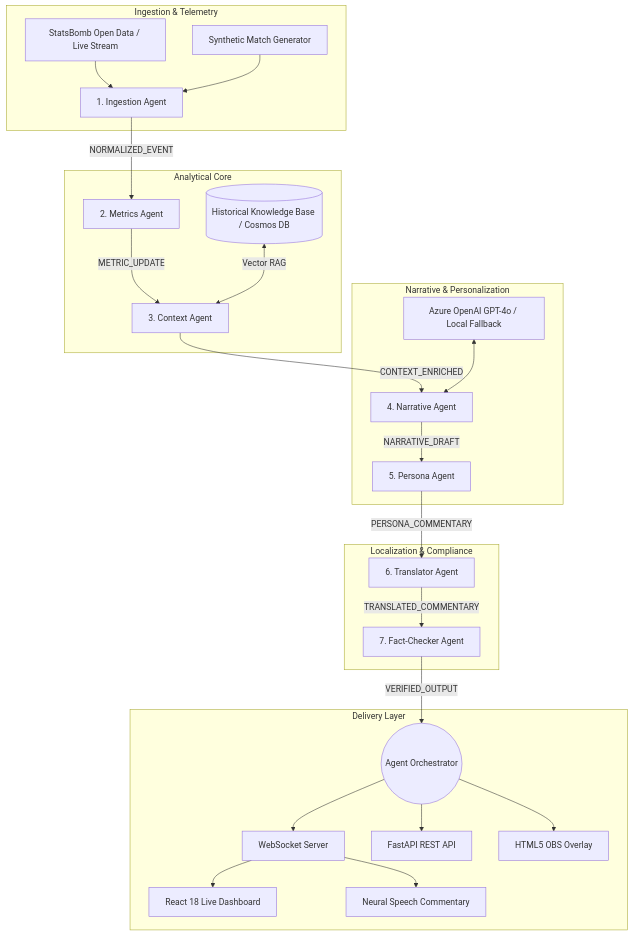
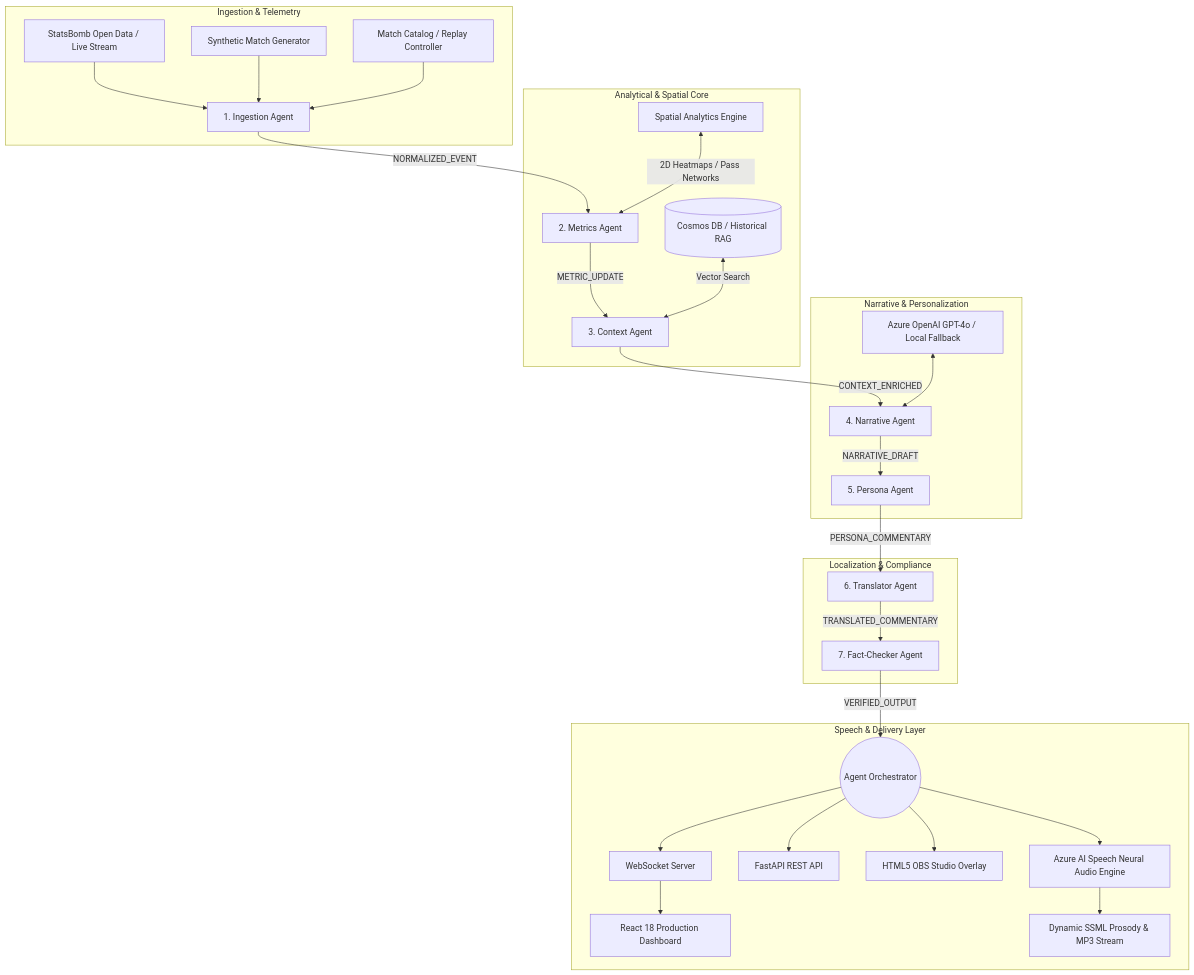
One commit to abhiiiesh/MatchMind changed the diagram in docs/ARCHITECTURE.md. Above: the diagram before and after it, drawn with Mermaid. The commit also changed other lines of this file and 4 other files, not shown here.

Commit message:
docs: complete Phase E hackathon documentation, architecture blueprint, agent specs, judging criteria mapping, and 2-min demo script

````diff
--- a/docs/ARCHITECTURE.md
+++ b/docs/ARCHITECTURE.md
@@ -13,33 +14,36 @@
 ```mermaid
 flowchart TD
     subgraph Ingestion & Telemetry
         SB[StatsBomb Open Data / Live Stream] --> AG1[1. Ingestion Agent]
         SYN[Synthetic Match Generator] --> AG1
+        CAT[Match Catalog / Replay Controller] --> AG1
     end
 
-    subgraph Analytical Core
+    subgraph Analytical & Spatial Core
         AG1 -->|NORMALIZED_EVENT| AG2[2. Metrics Agent]
         AG2 -->|METRIC_UPDATE| AG3[3. Context Agent]
-        KNOW[(Historical Knowledge Base / Cosmos DB)] <-->|Vector RAG| AG3
+        KNOW[(Cosmos DB / Historical RAG)] <-->|Vector Search| AG3
+        SPAT[Spatial Analytics Engine] <-->|2D Heatmaps / Pass Networks| AG2
     end
 
     subgraph Narrative & Personalization
         AG3 -->|CONTEXT_ENRICHED| AG4[4. Narrative Agent]
         LLM[Azure OpenAI GPT-4o / Local Fallback] <--> AG4
         AG4 -->|NARRATIVE_DRAFT| AG5[5. Persona Agent]
     end
 
     subgraph Localization & Compliance
         AG5 -->|PERSONA_COMMENTARY| AG6[6. Translator Agent]
         AG6 -->|TRANSLATED_COMMENTARY| AG7[7. Fact-Checker Agent]
     end
 
-    subgraph Delivery Layer
+    subgraph Speech & Delivery Layer
         AG7 -->|VERIFIED_OUTPUT| BUS((Agent Orchestrator))
         BUS --> WS[WebSocket Server]
         BUS --> REST[FastAPI REST API]
-        BUS --> OBS[HTML5 OBS Overlay]
-        WS --> UI[React 18 Live Dashboard]
-        WS --> AUDIO[Neural Speech Commentary]
+        BUS --> OBS[HTML5 OBS Studio Overlay]
+        BUS --> SPEECH[Azure AI Speech Neural Audio Engine]
+        WS --> UI[React 18 Production Dashboard]
+        SPEECH --> SSML[Dynamic SSML Prosody & MP3 Stream]
     end
 ```
````
